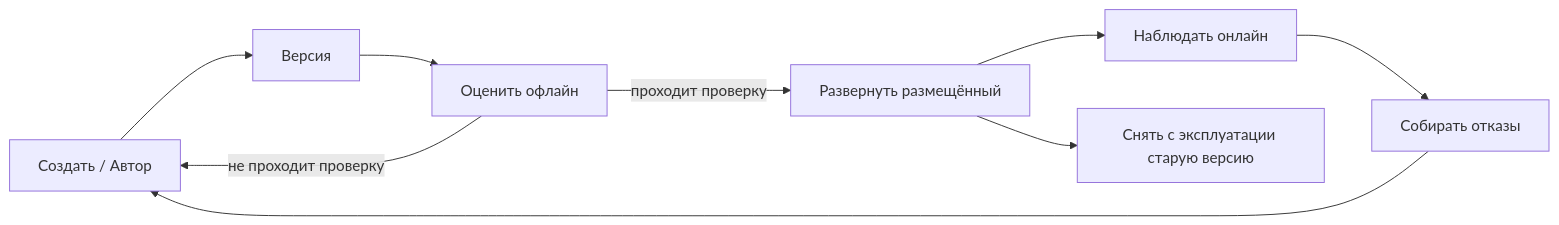
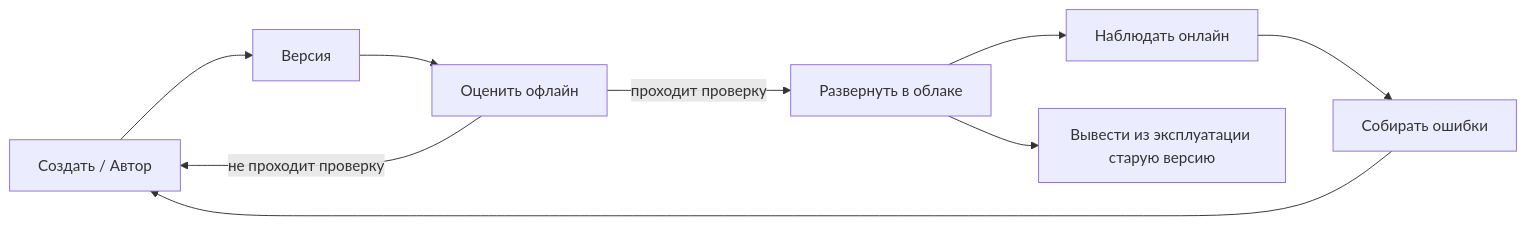
One commit to gabrielmoreira/agent-skills-mirror changed the second of 4 diagrams in mirrors/repos/microsoft@ai-agents-for-beginners/translations/ru/16-deploying-scalable-agents/README.md. Above: the diagram before and after it, drawn with Mermaid. The commit also changed other lines of this file and 3581 other files, not shown here.

````diff
--- a/mirrors/repos/microsoft@ai-agents-for-beginners/translations/ru/16-deploying-scalable-agents/README.md
+++ b/mirrors/repos/microsoft@ai-agents-for-beginners/translations/ru/16-deploying-scalable-agents/README.md
@@ -108,11 +108,11 @@
 ```mermaid
 flowchart LR
     Create[Создать / Автор] --> Version[Версия]
     Version --> Evaluate[Оценить офлайн]
-    Evaluate -->|проходит проверку| Deploy[Развернуть размещённый]
+    Evaluate -->|проходит проверку| Deploy[Развернуть в облаке]
     Evaluate -->|не проходит проверку| Create
     Deploy --> Observe[Наблюдать онлайн]
-    Observe --> Improve[Собирать отказы]
+    Observe --> Improve[Собирать ошибки]
     Improve --> Create
-    Deploy --> Retire[Снять с эксплуатации старую версию]
+    Deploy --> Retire[Вывести из эксплуатации старую версию]
 ```
````
